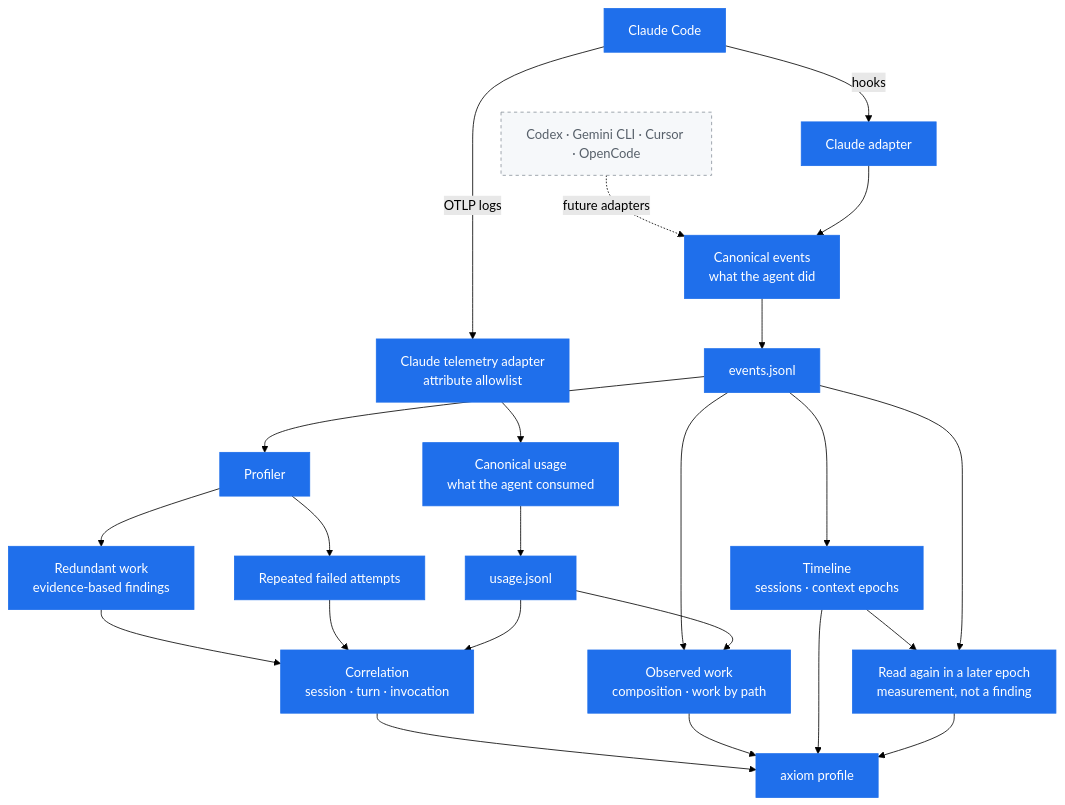
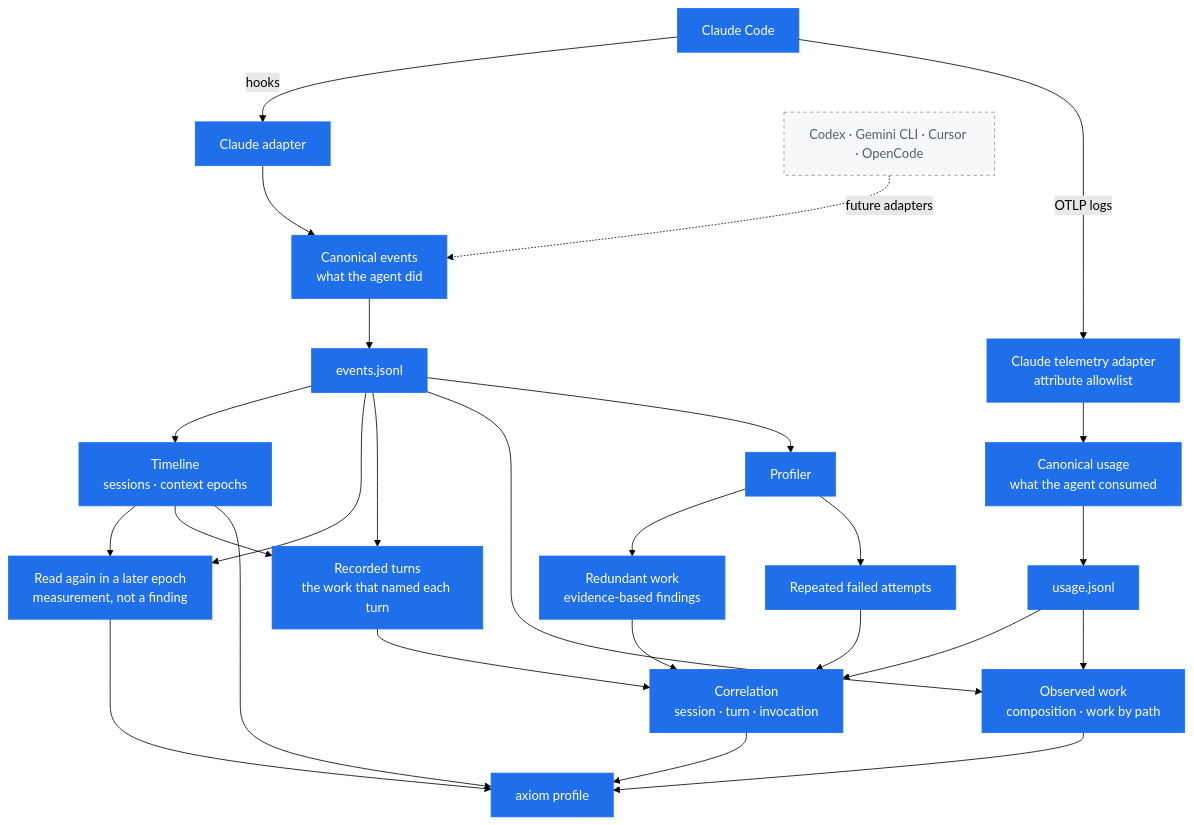
The first of 2 diagrams in README.md (exequieldeferrari/axiom), drawn with Mermaid (forest theme) before and after one commit. The commit also changed other lines of this file and 13 other files, not shown here.

Commit message:
feat: report recorded work and consumption by turn

````diff
--- a/README.md
+++ b/README.md
@@ -92,32 +92,35 @@
 ```mermaid
 flowchart TD
     Claude["Claude Code"] -->|hooks| Adapter["Claude adapter"]
     Claude -->|OTLP logs| Telemetry["Claude telemetry adapter<br/>attribute allowlist"]
     Future["Codex · Gemini CLI · Cursor · OpenCode"] -.->|future adapters| Events
 
     Adapter --> Events["Canonical events<br/>what the agent did"]
     Telemetry --> Usage["Canonical usage<br/>what the agent consumed"]
     Events --> EventLog["events.jsonl"]
     Usage --> UsageLog["usage.jsonl"]
 
     EventLog --> Timeline["Timeline<br/>sessions · context epochs"]
     Timeline --> Reacquire["Read again in a later epoch<br/>measurement, not a finding"]
     EventLog --> Reacquire
+    Timeline --> Turns["Recorded turns<br/>the work that named each turn"]
+    EventLog --> Turns
     EventLog --> Activity["Observed work<br/>composition · work by path"]
     EventLog --> Profiler["Profiler"]
     Profiler --> Redundant["Redundant work<br/>evidence-based findings"]
     Profiler --> Failures["Repeated failed attempts"]
     Redundant --> Correlate["Correlation<br/>session · turn · invocation"]
     Failures --> Correlate
+    Turns --> Correlate
     UsageLog --> Correlate
     Correlate --> CLI["axiom profile"]
     Activity --> CLI
     Timeline --> CLI
     Reacquire --> CLI
     UsageLog --> Activity
 
     classDef built fill:#1f6feb,stroke:#1f6feb,color:#ffffff
     classDef planned fill:#f6f8fa,stroke:#8b949e,color:#57606a,stroke-dasharray:4 4
-    class Claude,Adapter,Telemetry,Events,Usage,EventLog,UsageLog,Timeline,Reacquire,Activity,Profiler,Redundant,Failures,Correlate,CLI built
+    class Claude,Adapter,Telemetry,Events,Usage,EventLog,UsageLog,Timeline,Reacquire,Turns,Activity,Profiler,Redundant,Failures,Correlate,CLI built
     class Future planned
 ```
````
